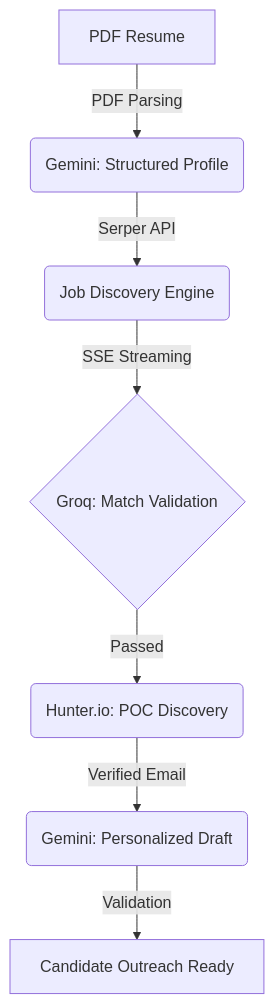
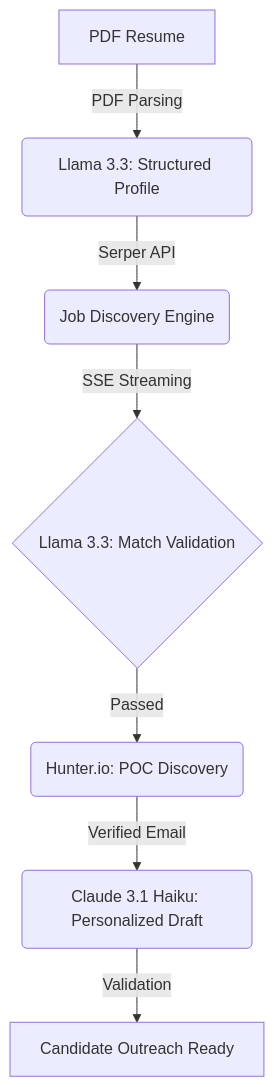
The diagram in README.md (debajyoti-product/pathfinder), drawn with Mermaid before and after one commit. The commit also changed other lines of this file, not shown here.

Commit message:
docs: fix mermaid diagram syntax and update model documentation for GitHub compatibility

````diff
--- a/README.md
+++ b/README.md
@@ -29,9 +29,9 @@
 ```mermaid
 graph TD
-    A[PDF Resume] -->|PDF Parsing| B(Gemini: Structured Profile)
-    B -->|Serper API| C(Job Discovery Engine)
-    C -->|SSE Streaming| D{Groq: Match Validation}
-    D -->|Passed| E(Hunter.io: POC Discovery)
-    E -->|Verified Email| F(Gemini: Personalized Draft)
-    F -->|Validation| G[Candidate Outreach Ready]
+    A["PDF Resume"] -->|"PDF Parsing"| B("Llama 3.3: Structured Profile")
+    B -->|"Serper API"| C("Job Discovery Engine")
+    C -->|"SSE Streaming"| D{"Llama 3.3: Match Validation"}
+    D -->|"Passed"| E("Hunter.io: POC Discovery")
+    E -->|"Verified Email"| F("Claude 3.1 Haiku: Personalized Draft")
+    F -->|"Validation"| G["Candidate Outreach Ready"]
 ```
````
